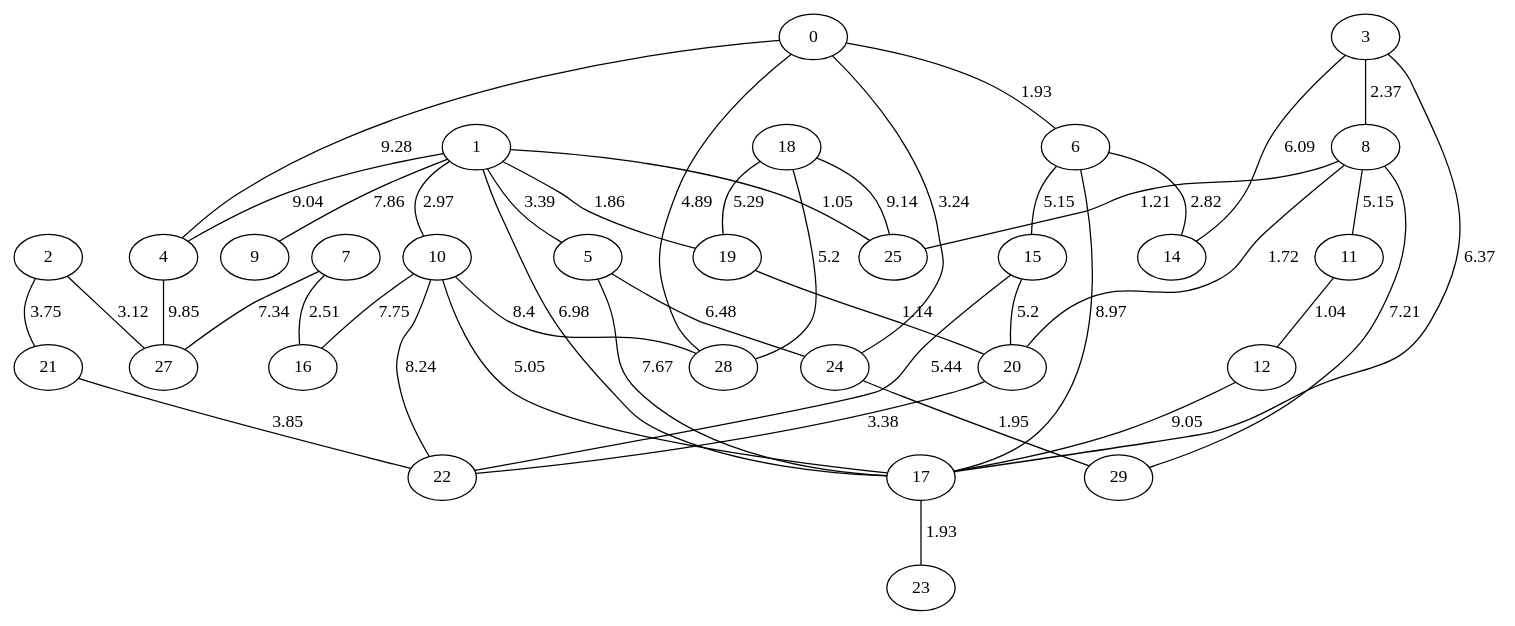
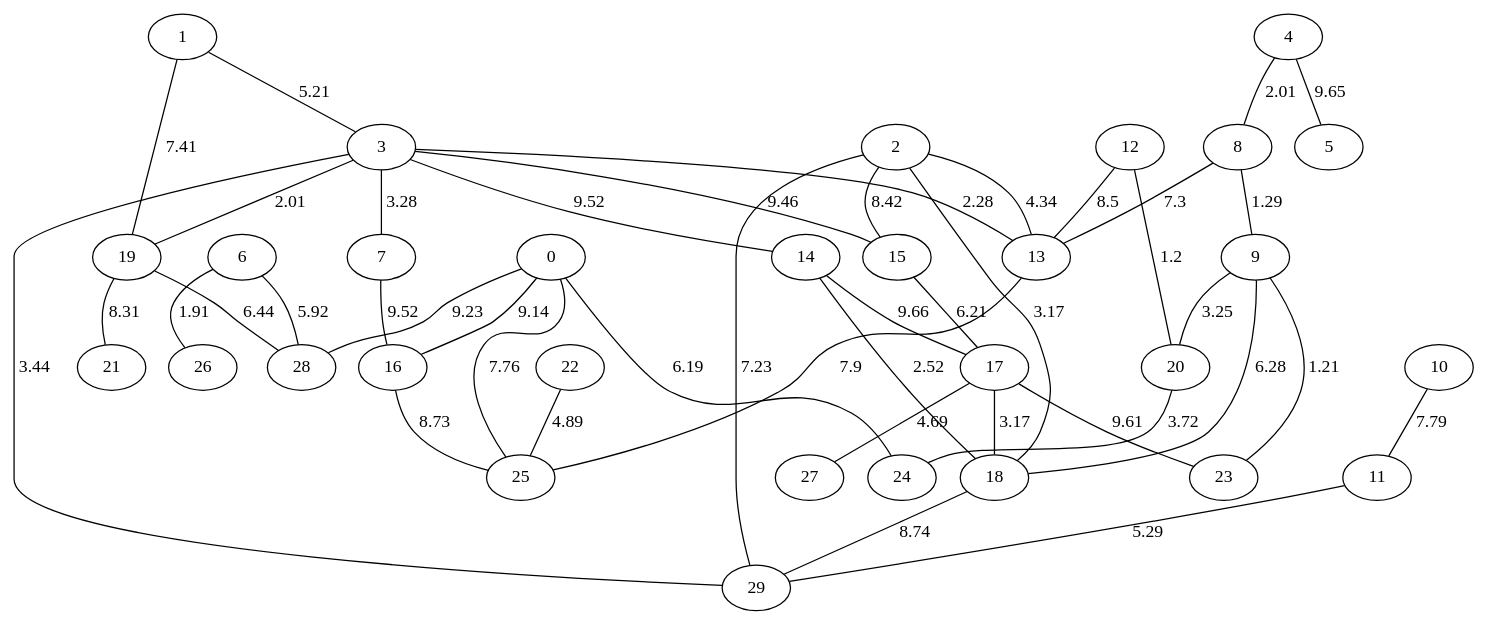
The diagram in Proyecto 4/Grafos Generados/grafo_Gilbert_30_no dirigido.gv (amorac4/DAA24), drawn with Graphviz before and after one commit. The commit also changed 65 other files, not shown here.

```diff
--- a/Proyecto 4/Grafos Generados/grafo_Gilbert_30_no dirigido.gv
+++ b/Proyecto 4/Grafos Generados/grafo_Gilbert_30_no dirigido.gv
@@ -1,74 +1,75 @@
 graph G {
 "0";
 "1";
 "2";
 "3";
 "4";
 "5";
 "6";
 "7";
 "8";
 "9";
 "10";
 "11";
 "12";
+"13";
 "14";
 "15";
 "16";
 "17";
 "18";
 "19";
 "20";
 "21";
 "22";
 "23";
 "24";
 "25";
+"26";
 "27";
 "28";
 "29";
-    "10" -- "17"[label="5.05", len="5.05"];
-    "15" -- "20"[label="5.2", len="5.2"];
-    "1" -- "17"[label="6.98", len="6.98"];
-    "4" -- "27"[label="9.85", len="9.85"];
-    "7" -- "16"[label="2.51", len="2.51"];
-    "18" -- "19"[label="5.29", len="5.29"];
-    "6" -- "17"[label="8.97", len="8.97"];
-    "3" -- "17"[label="6.37", len="6.37"];
-    "3" -- "14"[label="6.09", len="6.09"];
-    "6" -- "14"[label="2.82", len="2.82"];
-    "0" -- "28"[label="4.89", len="4.89"];
-    "1" -- "25"[label="1.05", len="1.05"];
-    "0" -- "24"[label="3.24", len="3.24"];
-    "8" -- "20"[label="1.72", len="1.72"];
-    "1" -- "5"[label="3.39", len="3.39"];
-    "8" -- "29"[label="7.21", len="7.21"];
-    "12" -- "17"[label="9.05", len="9.05"];
-    "0" -- "4"[label="9.28", len="9.28"];
-    "1" -- "10"[label="2.97", len="2.97"];
-    "17" -- "23"[label="1.93", len="1.93"];
-    "10" -- "22"[label="8.24", len="8.24"];
-    "6" -- "15"[label="5.15", len="5.15"];
-    "2" -- "27"[label="3.12", len="3.12"];
-    "8" -- "25"[label="1.21", len="1.21"];
-    "15" -- "22"[label="5.44", len="5.44"];
-    "20" -- "22"[label="3.38", len="3.38"];
-    "5" -- "17"[label="7.67", len="7.67"];
-    "7" -- "27"[label="7.34", len="7.34"];
-    "8" -- "11"[label="5.15", len="5.15"];
-    "1" -- "4"[label="9.04", len="9.04"];
-    "5" -- "24"[label="6.48", len="6.48"];
-    "1" -- "19"[label="1.86", len="1.86"];
-    "1" -- "9"[label="7.86", len="7.86"];
-    "18" -- "28"[label="5.2", len="5.2"];
-    "11" -- "12"[label="1.04", len="1.04"];
-    "10" -- "28"[label="8.4", len="8.4"];
-    "19" -- "20"[label="1.14", len="1.14"];
-    "24" -- "29"[label="1.95", len="1.95"];
-    "18" -- "25"[label="9.14", len="9.14"];
-    "21" -- "22"[label="3.85", len="3.85"];
-    "10" -- "16"[label="7.75", len="7.75"];
-    "2" -- "21"[label="3.75", len="3.75"];
-    "3" -- "8"[label="2.37", len="2.37"];
-    "0" -- "6"[label="1.93", len="1.93"];
+    "3" -- "15"[label="9.46", len="9.46"];
+    "2" -- "29"[label="7.23", len="7.23"];
+    "1" -- "3"[label="5.21", len="5.21"];
+    "8" -- "13"[label="7.3", len="7.3"];
+    "10" -- "11"[label="7.79", len="7.79"];
+    "14" -- "17"[label="9.66", len="9.66"];
+    "2" -- "18"[label="3.17", len="3.17"];
+    "4" -- "8"[label="2.01", len="2.01"];
+    "6" -- "28"[label="5.92", len="5.92"];
+    "8" -- "9"[label="1.29", len="1.29"];
+    "0" -- "16"[label="9.14", len="9.14"];
+    "7" -- "16"[label="9.52", len="9.52"];
+    "9" -- "18"[label="6.28", len="6.28"];
+    "3" -- "7"[label="3.28", len="3.28"];
+    "3" -- "14"[label="9.52", len="9.52"];
+    "0" -- "28"[label="9.23", len="9.23"];
+    "12" -- "20"[label="1.2", len="1.2"];
+    "12" -- "13"[label="8.5", len="8.5"];
+    "13" -- "25"[label="7.9", len="7.9"];
+    "0" -- "24"[label="6.19", len="6.19"];
+    "14" -- "18"[label="2.52", len="2.52"];
+    "2" -- "13"[label="4.34", len="4.34"];
+    "17" -- "23"[label="9.61", len="9.61"];
+    "16" -- "25"[label="8.73", len="8.73"];
+    "19" -- "21"[label="8.31", len="8.31"];
+    "19" -- "28"[label="6.44", len="6.44"];
+    "9" -- "20"[label="3.25", len="3.25"];
+    "3" -- "13"[label="2.28", len="2.28"];
+    "0" -- "25"[label="7.76", len="7.76"];
+    "4" -- "5"[label="9.65", len="9.65"];
+    "1" -- "19"[label="7.41", len="7.41"];
+    "3" -- "19"[label="2.01", len="2.01"];
+    "6" -- "26"[label="1.91", len="1.91"];
+    "17" -- "27"[label="4.69", len="4.69"];
+    "15" -- "17"[label="6.21", len="6.21"];
+    "17" -- "18"[label="3.17", len="3.17"];
+    "22" -- "25"[label="4.89", len="4.89"];
+    "20" -- "24"[label="3.72", len="3.72"];
+    "9" -- "23"[label="1.21", len="1.21"];
+    "11" -- "29"[label="5.29", len="5.29"];
+    "18" -- "29"[label="8.74", len="8.74"];
+    "3" -- "29"[label="3.44", len="3.44"];
+    "2" -- "15"[label="8.42", len="8.42"];
 }
```
